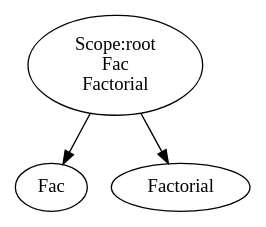
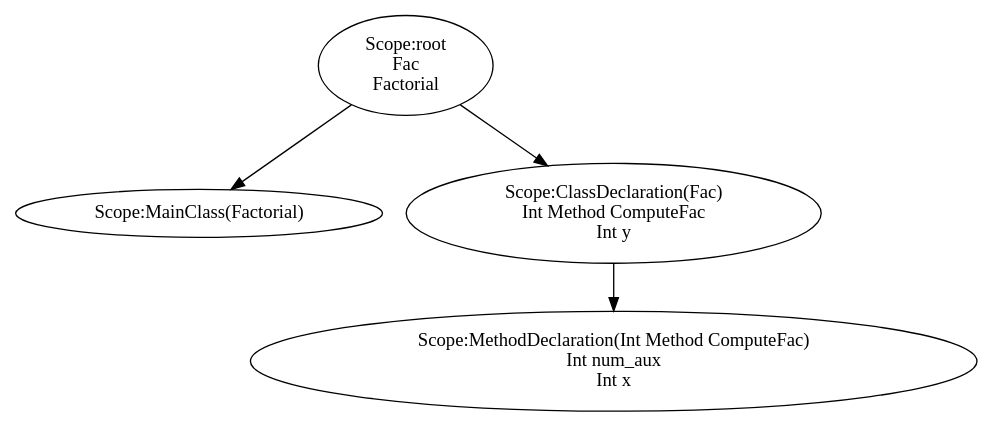
The diagram in assignment2/assignment/st.dot (JakobAdamsson/Compiler-and-translation-technique), drawn with Graphviz before and after one commit. The commit also changed 9 other files, not shown here.

```diff
--- a/assignment2/assignment/st.dot
+++ b/assignment2/assignment/st.dot
@@ -1,8 +1,19 @@
 digraph {
-n0 -> Fac
-n0 -> Factorial
 n0 [label="Scope:root
 Fac
 Factorial
 "];
+n1 [label="Scope:MainClass(Factorial)
+"];
+n0 -> n1
+n2 [label="Scope:ClassDeclaration(Fac)
+Int Method ComputeFac
+Int y
+"];
+n3 [label="Scope:MethodDeclaration(Int Method ComputeFac)
+Int num_aux
+Int x
+"];
+n2 -> n3
+n0 -> n2
 }
```
